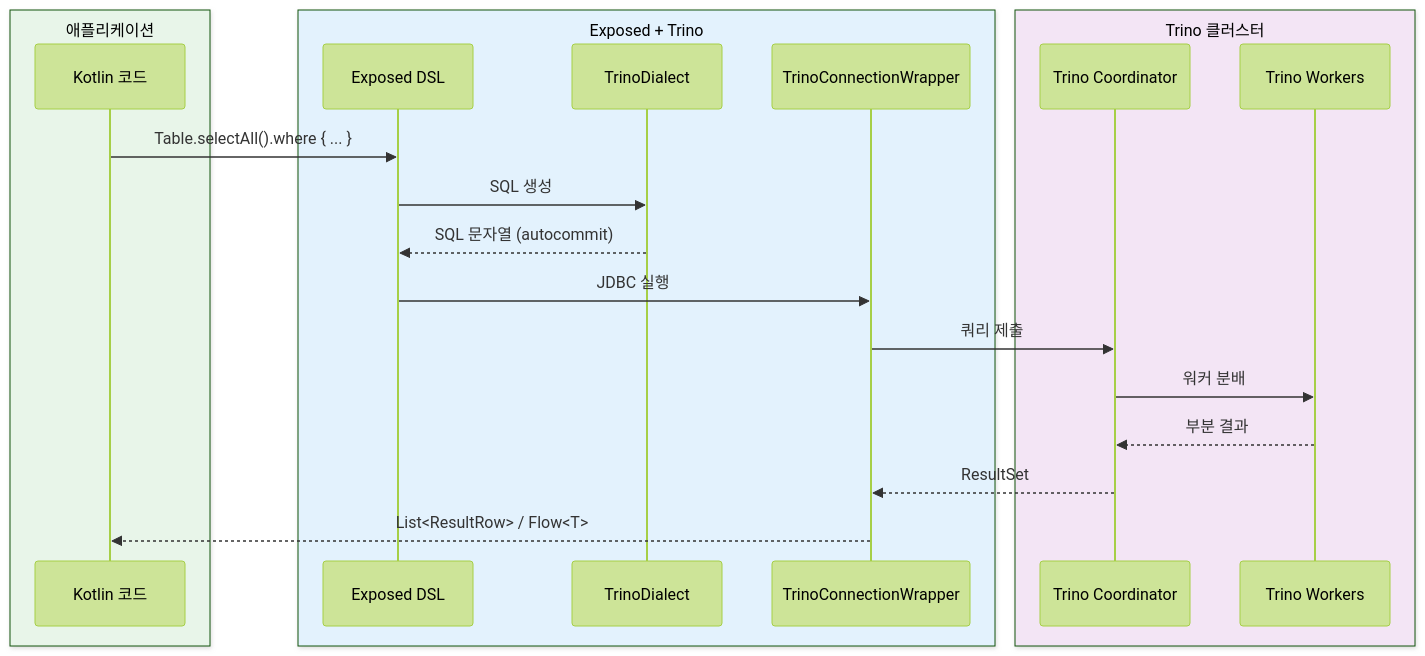
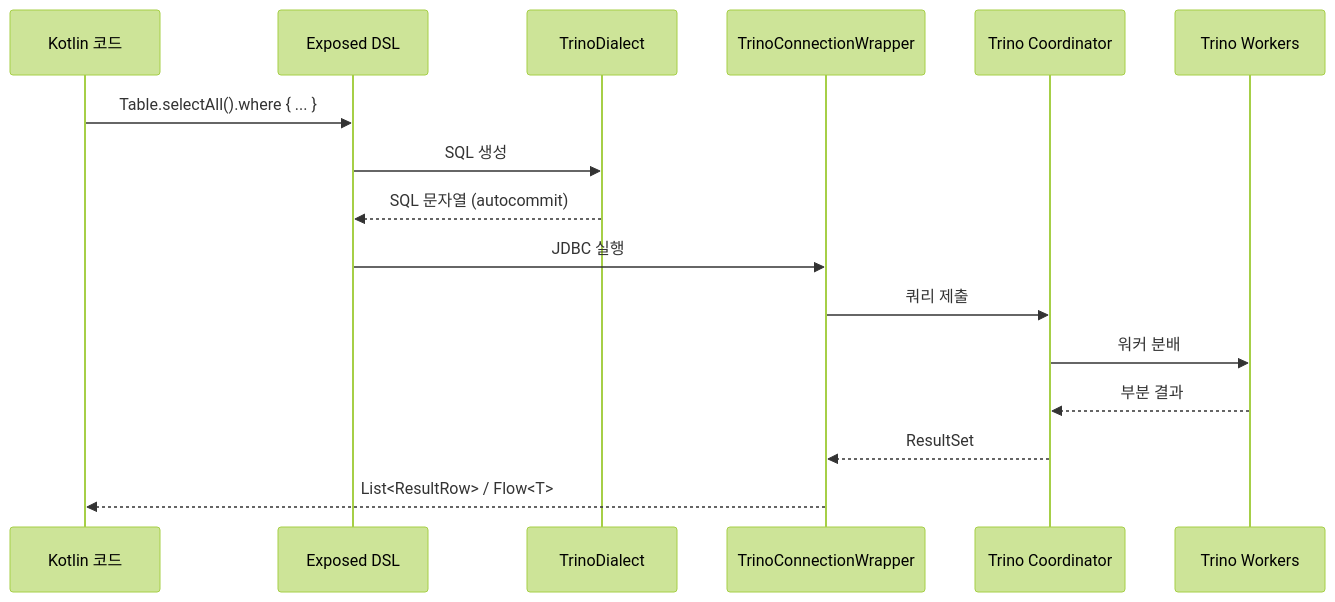
One commit to bluetape4k/bluetape4k-projects changed the second of 2 diagrams in data/exposed-trino/README.ko.md. Above: the diagram before and after it, drawn with Mermaid (forest theme). The commit also changed other lines of this file and 219 other files, not shown here.

First line of the commit message:
docs: 전체 README Mermaid 다이어그램 가이드 적용

````diff
--- a/data/exposed-trino/README.ko.md
+++ b/data/exposed-trino/README.ko.md
@@ -212,25 +212,19 @@
 ```mermaid
 sequenceDiagram
-    box rgb(232,245,233) 애플리케이션
         participant App as Kotlin 코드
-    end
-    box rgb(227,242,253) Exposed + Trino
         participant DSL as Exposed DSL
         participant TD as TrinoDialect
         participant TC as TrinoConnectionWrapper
-    end
-    box rgb(243,229,245) Trino 클러스터
         participant COORD as Trino Coordinator
         participant WORKER as Trino Workers
-    end
 
     App->>DSL: Table.selectAll().where { ... }
     DSL->>TD: SQL 생성
     TD-->>DSL: SQL 문자열 (autocommit)
     DSL->>TC: JDBC 실행
     TC->>COORD: 쿼리 제출
     COORD->>WORKER: 워커 분배
     WORKER-->>COORD: 부분 결과
     COORD-->>TC: ResultSet
     TC-->>App: List<ResultRow> / Flow<T>
 ```
````
